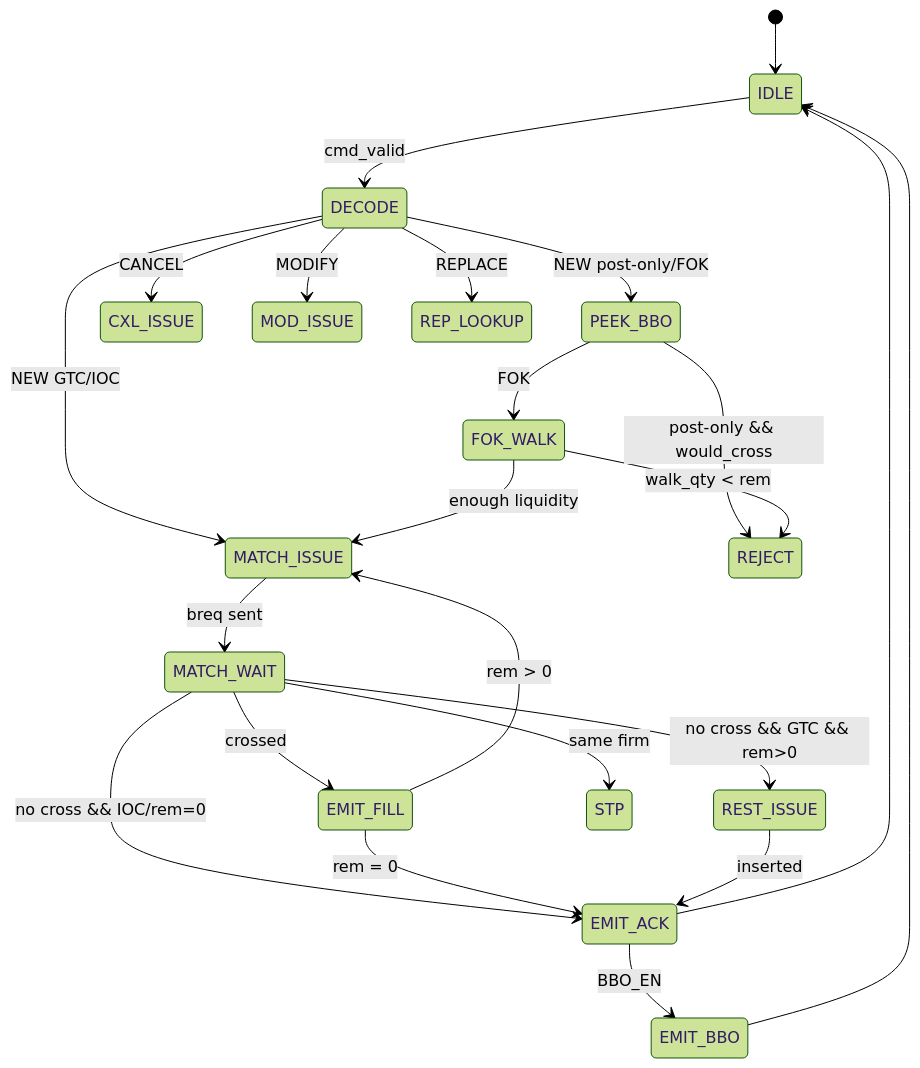
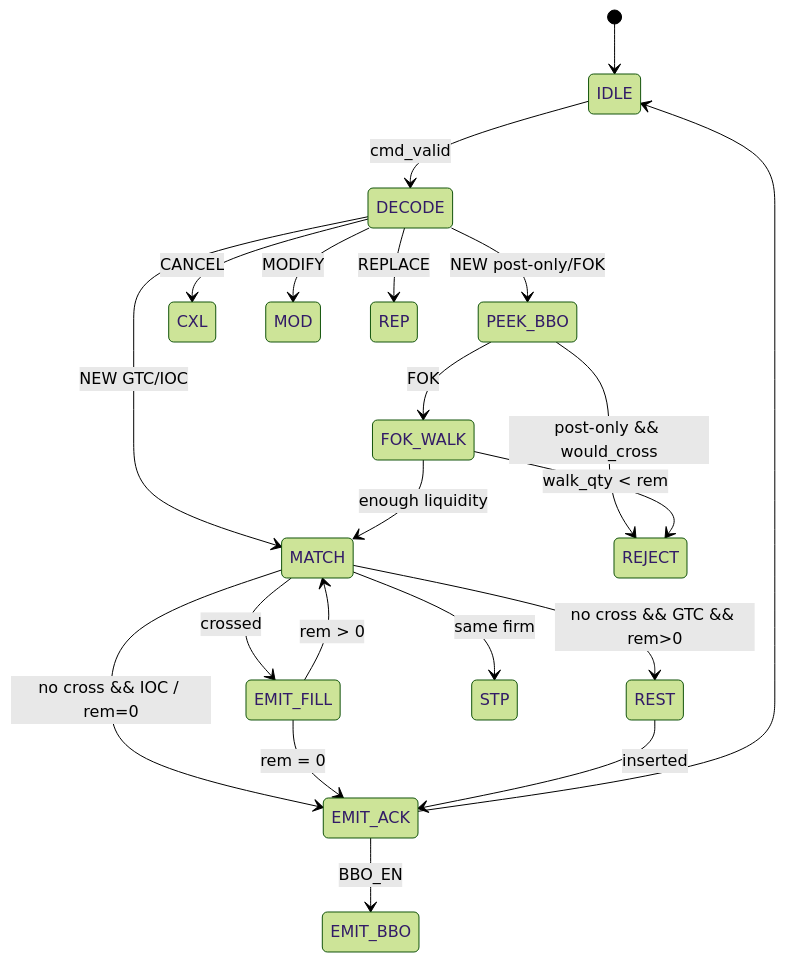
Before and after one commit to Aneesh495/quasar: the third of 3 diagrams in README.md, drawn with Mermaid (forest theme). The commit also changed other lines of this file and 6 other files, not shown here.

````diff
--- a/README.md
+++ b/README.md
@@ -94,25 +90,23 @@
 ```mermaid
 stateDiagram-v2
     [*] --> IDLE
     IDLE --> DECODE: cmd_valid
     DECODE --> PEEK_BBO: NEW post-only/FOK
-    DECODE --> MATCH_ISSUE: NEW GTC/IOC
-    DECODE --> CXL_ISSUE: CANCEL
-    DECODE --> MOD_ISSUE: MODIFY
-    DECODE --> REP_LOOKUP: REPLACE
+    DECODE --> MATCH: NEW GTC/IOC
+    DECODE --> CXL: CANCEL
+    DECODE --> MOD: MODIFY
+    DECODE --> REP: REPLACE
     PEEK_BBO --> FOK_WALK: FOK
     PEEK_BBO --> REJECT: post-only && would_cross
     FOK_WALK --> REJECT: walk_qty < rem
-    FOK_WALK --> MATCH_ISSUE: enough liquidity
-    MATCH_ISSUE --> MATCH_WAIT: breq sent
-    MATCH_WAIT --> EMIT_FILL: crossed
-    MATCH_WAIT --> REST_ISSUE: no cross && GTC && rem>0
-    MATCH_WAIT --> EMIT_ACK: no cross && IOC/rem=0
-    MATCH_WAIT --> STP: same firm
-    EMIT_FILL --> MATCH_ISSUE: rem > 0
+    FOK_WALK --> MATCH: enough liquidity
+    MATCH --> EMIT_FILL: crossed
+    MATCH --> REST: no cross && GTC && rem>0
+    MATCH --> EMIT_ACK: no cross && IOC / rem=0
+    MATCH --> STP: same firm
+    EMIT_FILL --> MATCH: rem > 0
     EMIT_FILL --> EMIT_ACK: rem = 0
-    REST_ISSUE --> EMIT_ACK: inserted
+    REST --> EMIT_ACK: inserted
     EMIT_ACK --> EMIT_BBO: BBO_EN
     EMIT_ACK --> IDLE
-    EMIT_BBO --> IDLE
 ```
````
